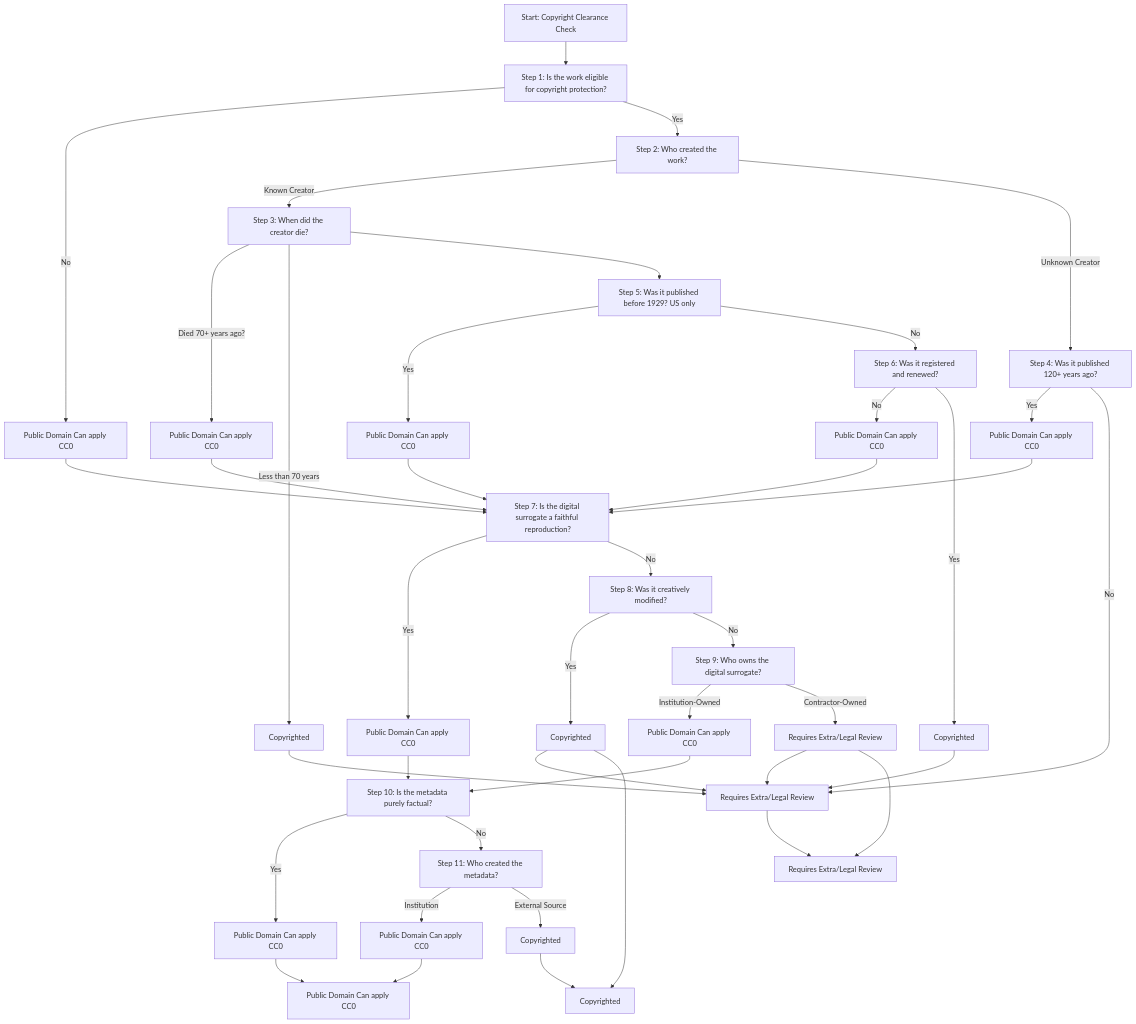
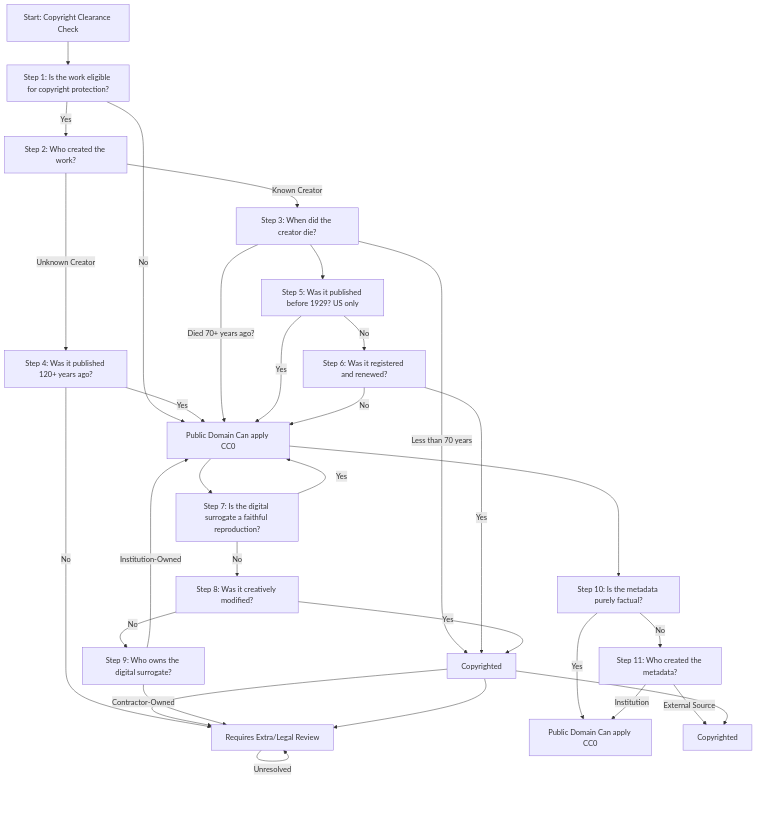
The diagram in glamLabChart.md (AlDanah-QM/copyrightTool), drawn with Mermaid before and after one commit. The commit also changed other lines of this file, not shown here.

````diff
--- a/glamLabChart.md
+++ b/glamLabChart.md
@@ -1,51 +3,49 @@
 ```mermaid
-
 graph TD;
     A[Start: Copyright Clearance Check] --> B[Step 1: Is the work eligible for copyright protection?]
-    B -->|No| PD1[Public Domain Can apply CC0]
+    B -->|No| PD[Public Domain Can apply CC0]
     B -->|Yes| C[Step 2: Who created the work?]
 
     C -->|Known Creator| D[Step 3: When did the creator die?]
     C -->|Unknown Creator| E[Step 4: Was it published 120+ years ago?]
     
-    E -->|Yes| PD2[Public Domain Can apply CC0]
-    E -->|No| L1[Requires Extra/Legal Review]
+    E -->|Yes| PD
+    E -->|No| LegalReview[Requires Extra/Legal Review]
 
-    D -->|Died 70+ years ago?| PD3[Public Domain Can apply CC0]
-    D -->|Less than 70 years| CR1[Copyrighted]
+    D -->|Died 70+ years ago?| PD
+    D -->|Less than 70 years| CR[Copyrighted]
 
     D --> F[Step 5: Was it published before 1929? US only]
-    F -->|Yes| PD4[Public Domain Can apply CC0]
+    F -->|Yes| PD
     F -->|No| G[Step 6: Was it registered and renewed?]
     
-    G -->|No| PD5[Public Domain Can apply CC0]
-    G -->|Yes| CR2[Copyrighted]
+    G -->|No| PD
+    G -->|Yes| CR
 
     %% Digital Surrogate Check
-    PD1 & PD2 & PD3 & PD4 & PD5 --> H[Step 7: Is the digital surrogate a faithful reproduction?]
-    CR1 & CR2 --> L1
+    PD --> H[Step 7: Is the digital surrogate a faithful reproduction?]
+    CR --> LegalReview
 
-    H -->|Yes| PD6[Public Domain Can apply CC0]
+    H -->|Yes| PD
     H -->|No| I[Step 8: Was it creatively modified?]
 
-    I -->|Yes| CR3[Copyrighted]
+    I -->|Yes| CR
     I -->|No| J[Step 9: Who owns the digital surrogate?]
 
-    J -->|Institution-Owned| PD7[Public Domain Can apply CC0]
-    J -->|Contractor-Owned| L2[Requires Extra/Legal Review]
+    J -->|Institution-Owned| PD
+    J -->|Contractor-Owned| LegalReview
 
     %% Metadata Check
-    PD6 & PD7 --> K[Step 10: Is the metadata purely factual?]
-    CR3 & L2 --> L1
-    
-    K -->|Yes| PD8[Public Domain Can apply CC0]
+    PD --> K[Step 10: Is the metadata purely factual?]
+    CR --> LegalReview
+
+    K -->|Yes| PD_Final[Public Domain Can apply CC0]
     K -->|No| M[Step 11: Who created the metadata?]
 
-    M -->|Institution| PD9[Public Domain Can apply CC0]
-    M -->|External Source| CR4[Copyrighted]
+    M -->|Institution| PD_Final
+    M -->|External Source| CR_Final[Copyrighted]
 
     %% Final Decisions
-    PD8 & PD9 --> PD_Final[Public Domain Can apply CC0]
-    CR3 & CR4 --> CR_Final[Copyrighted]
-    L1 & L2 --> LegalReview[Requires Extra/Legal Review]
+    LegalReview -->|Unresolved| LegalReview
+    CR --> CR_Final
 ```
````
